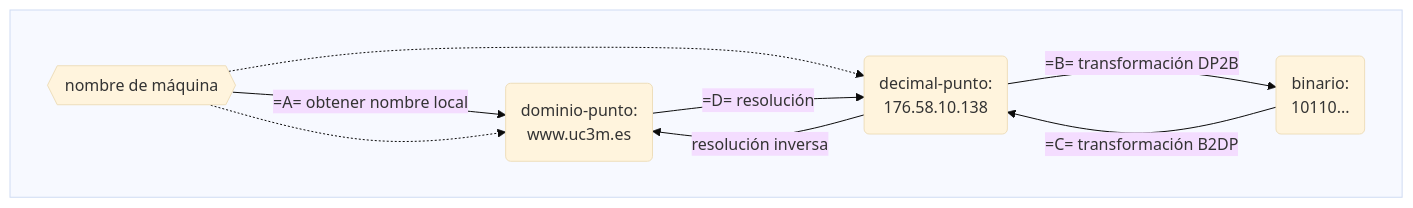
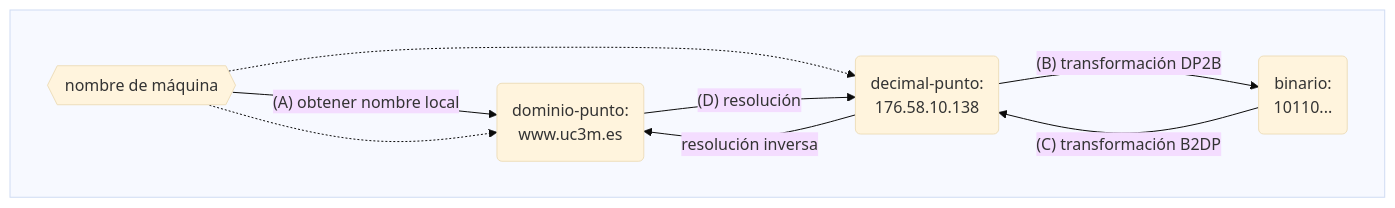
One commit to acaldero/uc3m_sd changed the first of 4 diagrams in transparencias/ssdd_sockets.md. Above: the diagram before and after it, drawn with Mermaid (base theme). The commit also changed other lines of this file and 2 other files, not shown here.

````diff
--- a/transparencias/ssdd_sockets.md
+++ b/transparencias/ssdd_sockets.md
@@ -246,17 +248,17 @@
 ```mermaid
 flowchart TD
-    D{{nombre de máquina}} --> |=A= obtener nombre local| A
+    D{{nombre de máquina}} --> |"(A) obtener nombre local"| A
     D -.-> A
     D -.-> B
     B -->|resolución inversa| A
-    A(dominio-punto:<br> www.uc3m.es) -->|=D= resolución| B(decimal-punto:<br> 176.58.10.138)
-    B -->|=B= transformación DP2B| C
-    C(binario:<br> 10110...) -->|=C= transformación B2DP| B
+    A(dominio-punto:<br> www.uc3m.es) -->|"(D) resolución"| B(decimal-punto:<br> 176.58.10.138)
+    B -->|"(B) transformación DP2B"| C
+    C(binario:<br> 10110...) -->|"(C) transformación B2DP"| B
 
     subgraph " "
     A
     B
     C
     D
     end
 ```
````
